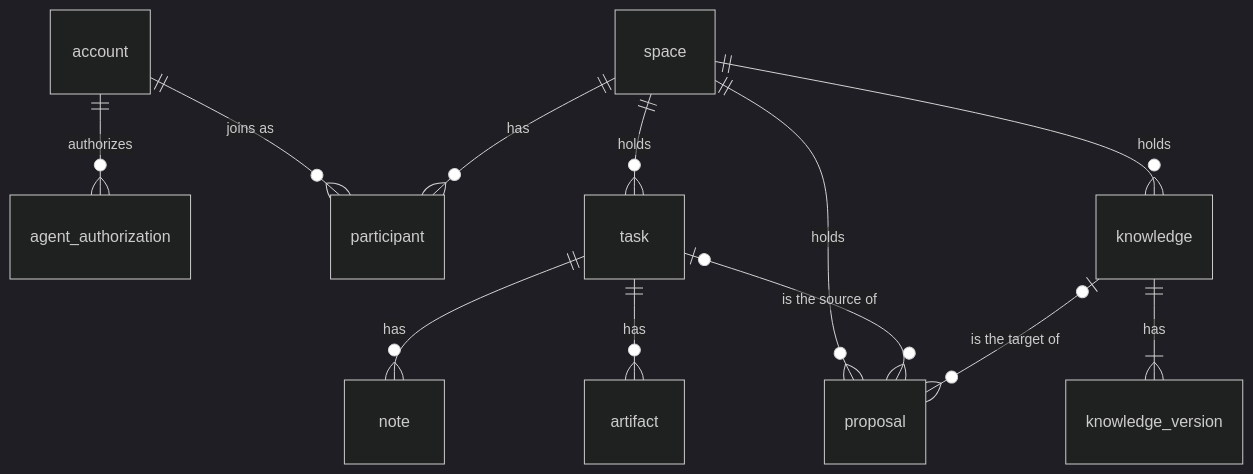
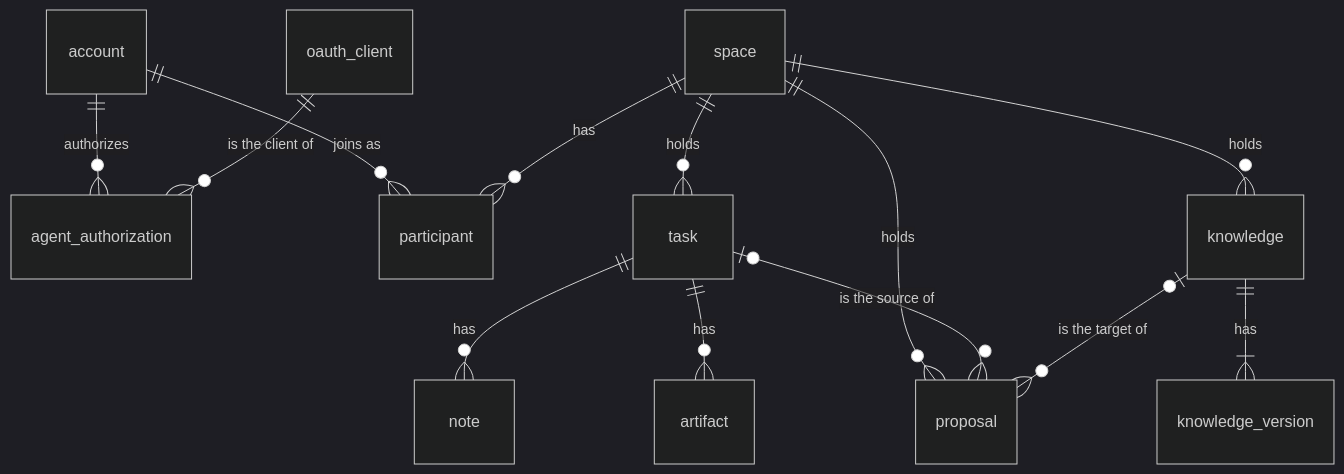
Before and after one commit to lorebayai/lorebay: the diagram in docs/architecture/data-model.md, drawn with Mermaid (dark theme). The commit also changed other lines of this file and 14 other files, not shown here.

````diff
--- a/docs/architecture/data-model.md
+++ b/docs/architecture/data-model.md
@@ -79,14 +80,15 @@
 ```mermaid
 erDiagram
     account ||--o{ agent_authorization : "authorizes"
+    oauth_client ||--o{ agent_authorization : "is the client of"
     account ||--o{ participant : "joins as"
     space ||--o{ participant : "has"
     space ||--o{ task : "holds"
     space ||--o{ knowledge : "holds"
     space ||--o{ proposal : "holds"
     task ||--o{ note : "has"
     task ||--o{ artifact : "has"
     task |o--o{ proposal : "is the source of"
     knowledge ||--|{ knowledge_version : "has"
     knowledge |o--o{ proposal : "is the target of"
 ```
````
